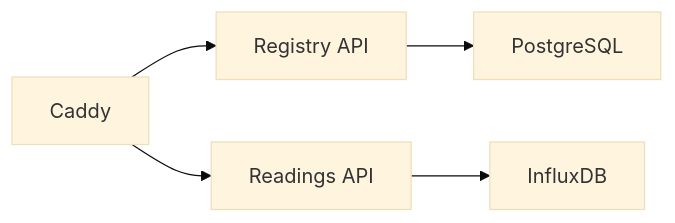
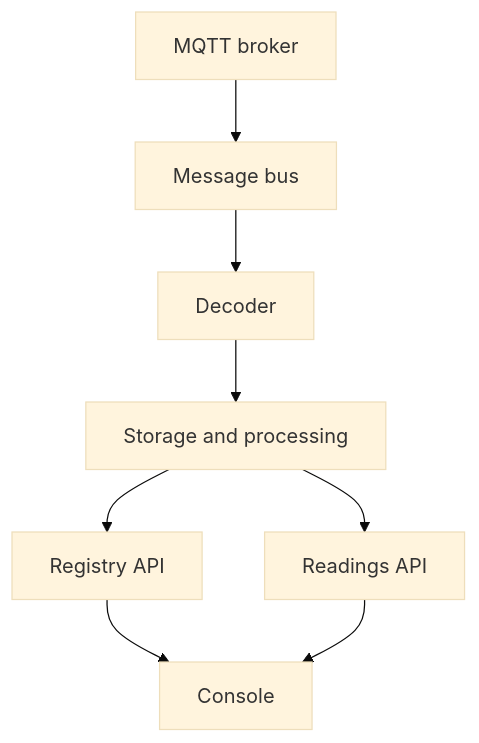
Before and after one commit to sensical-coop/mesh-things-apps: the diagram in apps/web/content/docs/en/architecture.mdx, drawn with Mermaid (base theme). The commit also changed other lines of this file and 27 other files, not shown here.

````diff
--- a/apps/web/content/docs/en/architecture.mdx
+++ b/apps/web/content/docs/en/architecture.mdx
@@ -23,7 +8,10 @@
 ```mermaid
-flowchart LR
-  caddy["Caddy"] --> registry["Registry API"]
-  caddy --> readings["Readings API"]
-  registry --> pg["PostgreSQL"]
-  readings --> influx["InfluxDB"]
+flowchart TD
+  mqtt["MQTT broker"] --> bus["Message bus"]
+  bus --> decoder["Decoder"]
+  decoder --> writers["Storage and processing"]
+  writers --> registry["Registry API"]
+  writers --> readings["Readings API"]
+  registry --> console["Console"]
+  readings --> console
 ```
````
